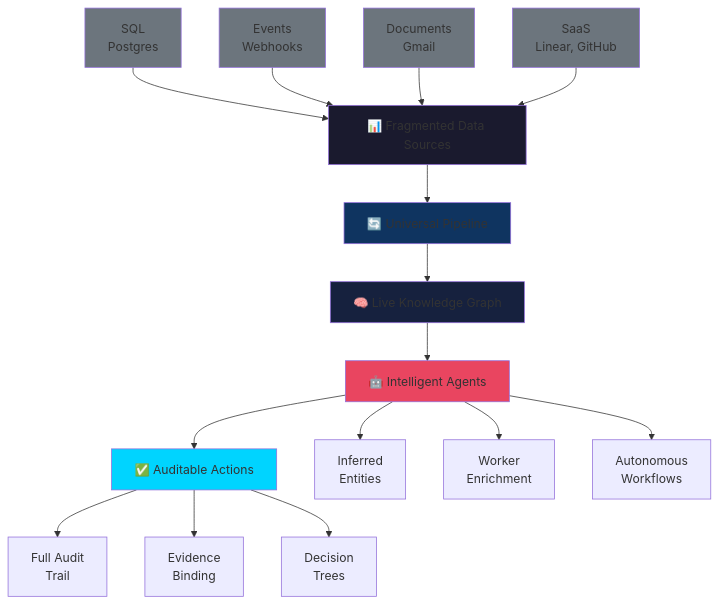
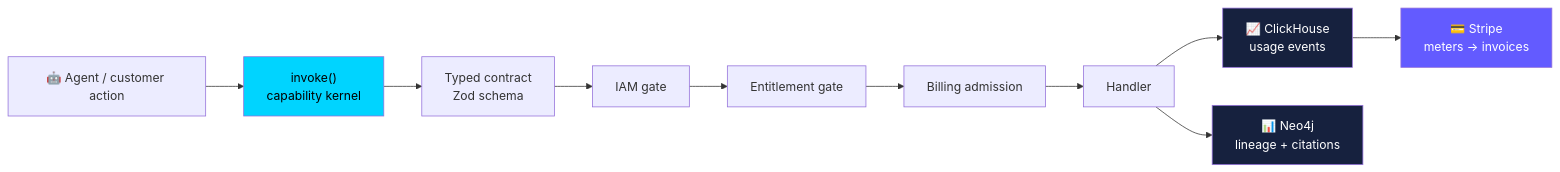
The first of 2 diagrams in README.md (macanderson/oxagen), drawn with Mermaid before and after one commit. The commit also changed other lines of this file and 9 other files, not shown here.

First line of the commit message:
docs: refresh all repo-level docs to Stripe-for-agents vision + current architecture

````diff
--- a/README.md
+++ b/README.md
@@ -43,38 +50,17 @@
 ```mermaid
-graph TB
-    A["📊 Fragmented Data Sources"] 
-    B["🔄 Universal Pipeline"]
-    C["🧠 Live Knowledge Graph"]
-    D["🤖 Intelligent Agents"]
-    E["✅ Auditable Actions"]
-    
-    A --> B --> C --> D --> E
-    
-    F["SQL<br/>Postgres<br/>"]
-    G["Events<br/>Webhooks<br/>"]
-    H["Documents<br/>Gmail<br/>"]
-    I["SaaS<br/>Linear, GitHub<br/>"]
-    
-    F --> A
-    G --> A
-    H --> A
-    I --> A
-    
-    D --> J["Inferred<br/>Entities"]
-    D --> K["Worker<br/>Enrichment"]
-    D --> L["Autonomous<br/>Workflows"]
-    
-    E --> M["Full Audit<br/>Trail"]
-    E --> N["Evidence<br/>Binding"]
-    E --> O["Decision<br/>Trees"]
-    
-    style A fill:#1a1a2e
-    style B fill:#0f3460
-    style C fill:#16213e
-    style D fill:#e94560
-    style E fill:#00d4ff
-    style F fill:#6c757d
-    style G fill:#6c757d
-    style H fill:#6c757d
-    style I fill:#6c757d
+graph LR
+    A["🤖 Agent / customer action"] --> B["invoke()<br/>capability kernel"]
+    B --> C["Typed contract<br/>Zod schema"]
+    C --> D["IAM gate"]
+    D --> E["Entitlement gate"]
+    E --> F["Billing admission"]
+    F --> G["Handler"]
+    G --> H["📈 ClickHouse<br/>usage events"]
+    H --> I["💳 Stripe<br/>meters → invoices"]
+    G --> J["📊 Neo4j<br/>lineage + citations"]
+
+    style B fill:#00d4ff,color:#000
+    style H fill:#16213e,color:#fff
+    style I fill:#635bff,color:#fff
+    style J fill:#16213e,color:#fff
 ```
````
